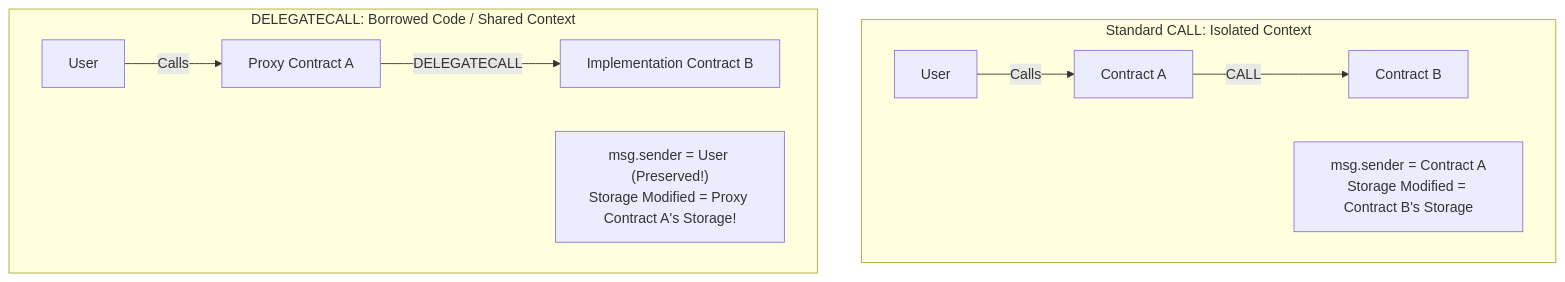
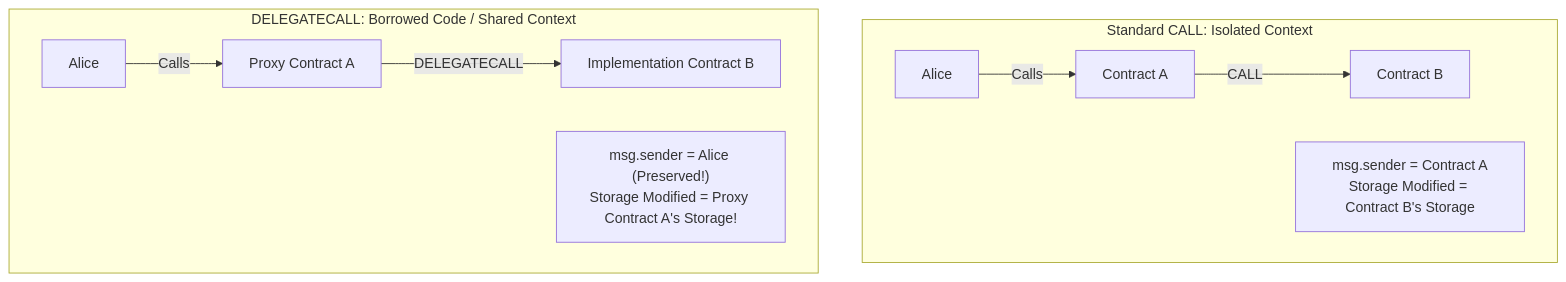
Before and after one commit to rafifmsn/modules: the fourth of 5 diagrams in docs/learn/fundamentals/04-programmability-and-vm/02-ethereum-virtual-machine.md, drawn with Mermaid. The commit also changed other lines of this file and 26 other files, not shown here.

Commit message:
refactor(docs): refine narrative flow, historical depth, and personas across fundamentals track

````diff
--- a/docs/learn/fundamentals/04-programmability-and-vm/02-ethereum-virtual-machine.md
+++ b/docs/learn/fundamentals/04-programmability-and-vm/02-ethereum-virtual-machine.md
@@ -117,14 +120,14 @@
 ```mermaid
 flowchart TD
     subgraph Call_Isolated ["Standard CALL: Isolated Context"]
-        User1[User] -->|Calls| ContractA1[Contract A]
+        Alice1[Alice] -->|Calls| ContractA1[Contract A]
         ContractA1 -->|CALL| ContractB1[Contract B]
         Note1["msg.sender = Contract A<br/>Storage Modified = Contract B's Storage"]
     end
 
     subgraph Delegatecall_Shared ["DELEGATECALL: Borrowed Code / Shared Context"]
-        User2[User] -->|Calls| Proxy[Proxy Contract A]
+        Alice2[Alice] -->|Calls| Proxy[Proxy Contract A]
         Proxy -->|DELEGATECALL| Implementation[Implementation Contract B]
-        Note2["msg.sender = User (Preserved!)<br/>Storage Modified = Proxy Contract A's Storage!"]
+        Note2["msg.sender = Alice (Preserved!)<br/>Storage Modified = Proxy Contract A's Storage!"]
     end
 ```
````
